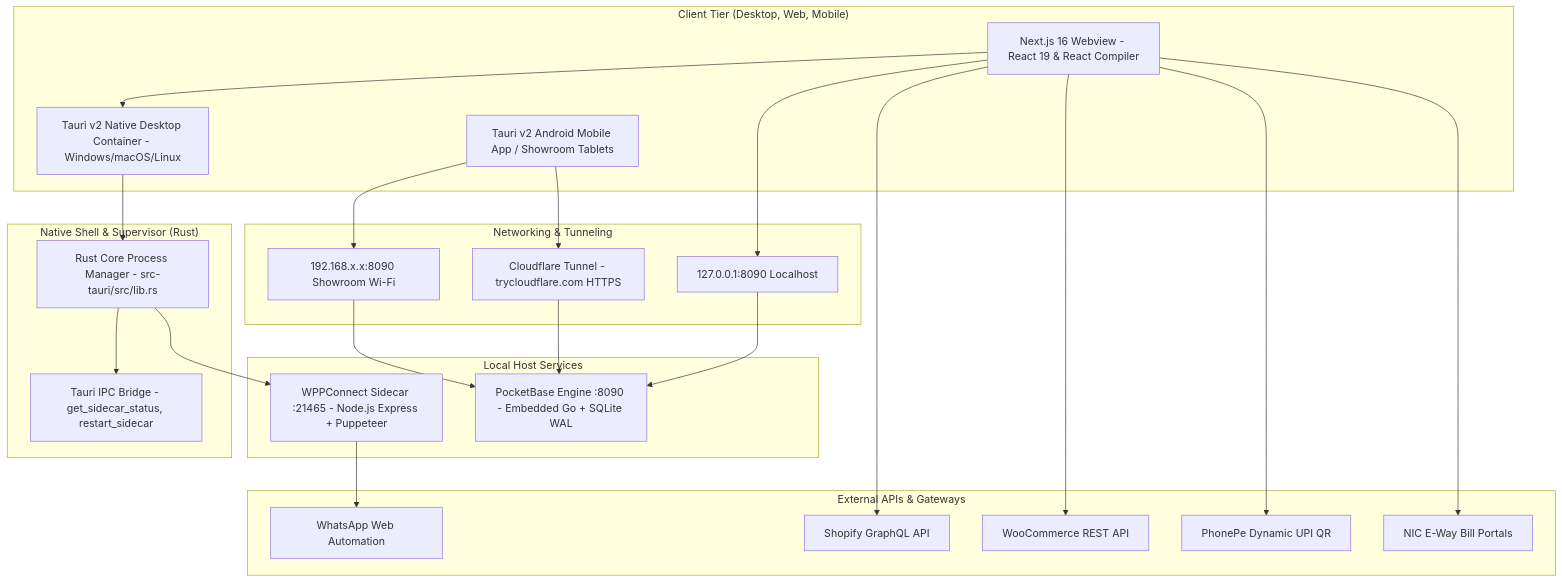
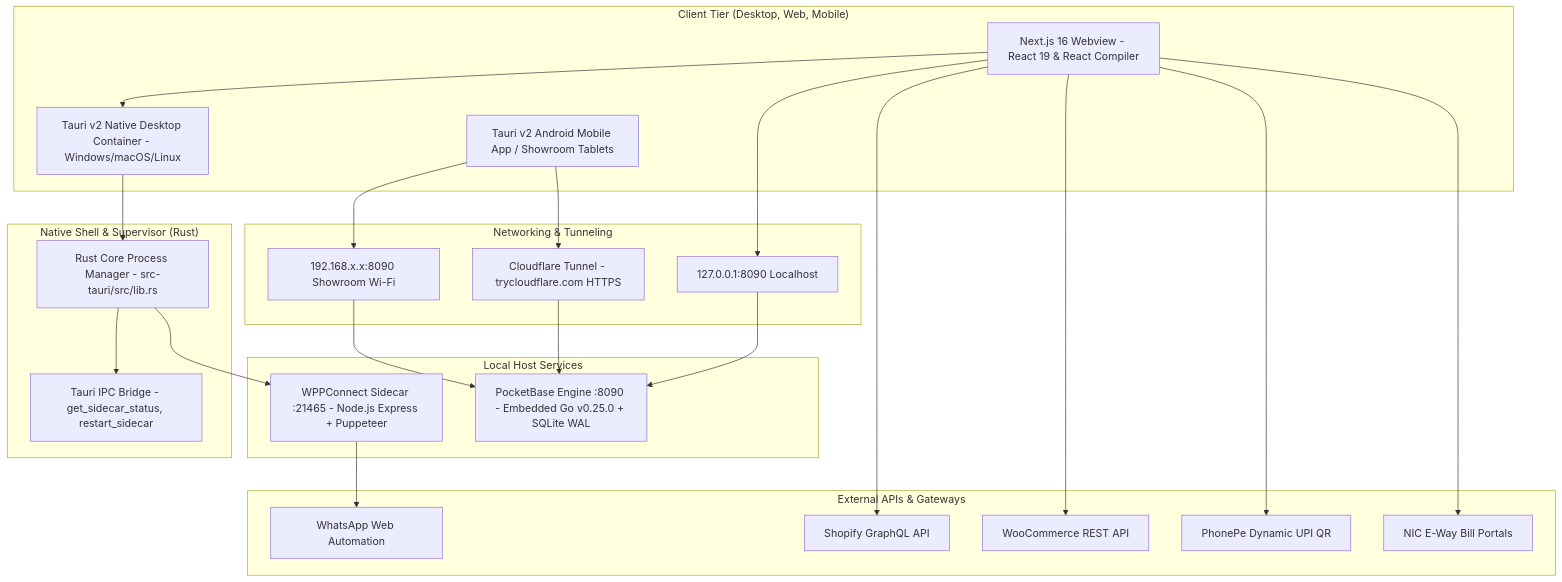
Before and after one commit to sivanandz/luminila_ERP: the first of 2 diagrams in docs/TECHNICAL_REPORT.md, drawn with Mermaid. The commit also changed other lines of this file and 10 other files, not shown here.

````diff
--- a/docs/TECHNICAL_REPORT.md
+++ b/docs/TECHNICAL_REPORT.md
@@ -13,48 +13,48 @@
 ```mermaid
 graph TD
     subgraph Client Tier ["Client Tier (Desktop, Web, Mobile)"]
         A[Next.js 16 Webview - React 19 & React Compiler]
         B[Tauri v2 Native Desktop Container - Windows/macOS/Linux]
         M[Tauri v2 Android Mobile App / Showroom Tablets]
     end
 
     subgraph Native Shell ["Native Shell & Supervisor (Rust)"]
         C[Rust Core Process Manager - src-tauri/src/lib.rs]
         IPC[Tauri IPC Bridge - get_sidecar_status, restart_sidecar]
     end
 
     subgraph Service Tier ["Local Host Services"]
         D[WPPConnect Sidecar :21465 - Node.js Express + Puppeteer]
-        E[PocketBase Engine :8090 - Embedded Go + SQLite WAL]
+        E[PocketBase Engine :8090 - Embedded Go v0.25.0 + SQLite WAL]
     end
 
     subgraph Connectivity ["Networking & Tunneling"]
         Loopback[127.0.0.1:8090 Localhost]
         LAN[192.168.x.x:8090 Showroom Wi-Fi]
         Tunnel[Cloudflare Tunnel - trycloudflare.com HTTPS]
     end
 
     subgraph External Platforms ["External APIs & Gateways"]
         F[Shopify GraphQL API]
         G[WooCommerce REST API]
         H[PhonePe Dynamic UPI QR]
         W[WhatsApp Web Automation]
         GST[NIC E-Way Bill Portals]
     end
 
     A --> B
     B --> C
     C --> IPC
     C --> D
     M --> LAN
     M --> Tunnel
     A --> Loopback
     Loopback --> E
     LAN --> E
     Tunnel --> E
     D --> W
     A --> F
     A --> G
     A --> H
     A --> GST
 ```
````
